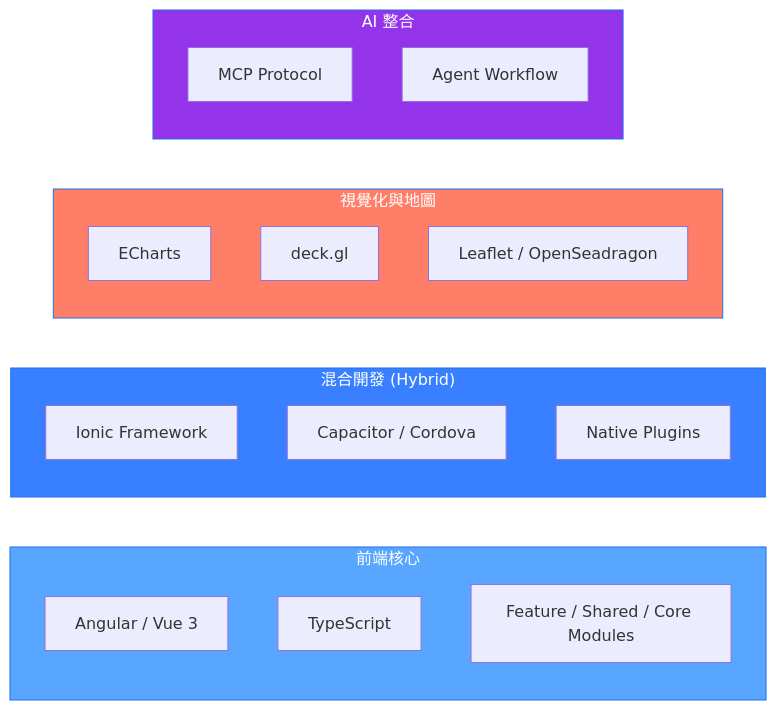
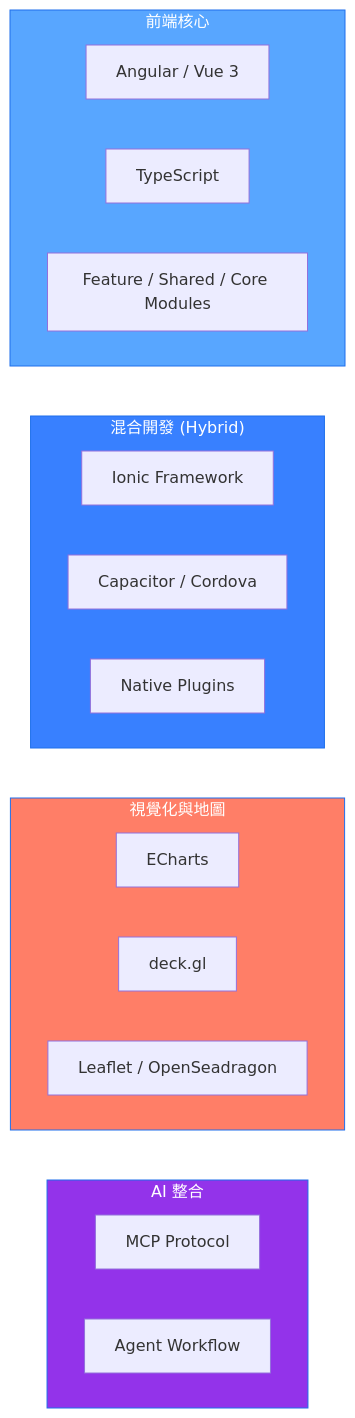
Before and after one commit to Yang-tzu-yi/Yang-tzu-yi: the diagram in README.md, drawn with Mermaid.

````diff
--- a/README.md
+++ b/README.md
@@ -58,30 +58,32 @@
 ```mermaid
-graph LR
+graph TB
     subgraph Frontend["前端核心"]
         A1[Angular / Vue 3]
         A2[TypeScript]
         A3[Feature / Shared / Core Modules]
     end
 
     subgraph Mobile["混合開發 (Hybrid)"]
         M1[Ionic Framework]
         M2[Capacitor / Cordova]
         M3[Native Plugins]
     end
     
     subgraph Visualization["視覺化與地圖"]
         B1[ECharts]
         B2[deck.gl]
         B3[Leaflet / OpenSeadragon]
     end
     
     subgraph AI["AI 整合"]
         C1[MCP Protocol]
         C2[Agent Workflow]
     end
+
+    Frontend ~~~ Mobile ~~~ Visualization ~~~ AI
     
     style Frontend fill:#58A6FF,stroke:#1F6FEB,color:#fff
     style Mobile fill:#3880FF,stroke:#1F6FEB,color:#fff
     style Visualization fill:#FF7E67,stroke:#1F6FEB,color:#fff
     style AI fill:#9333EA,stroke:#1F6FEB,color:#fff
 ```
````
